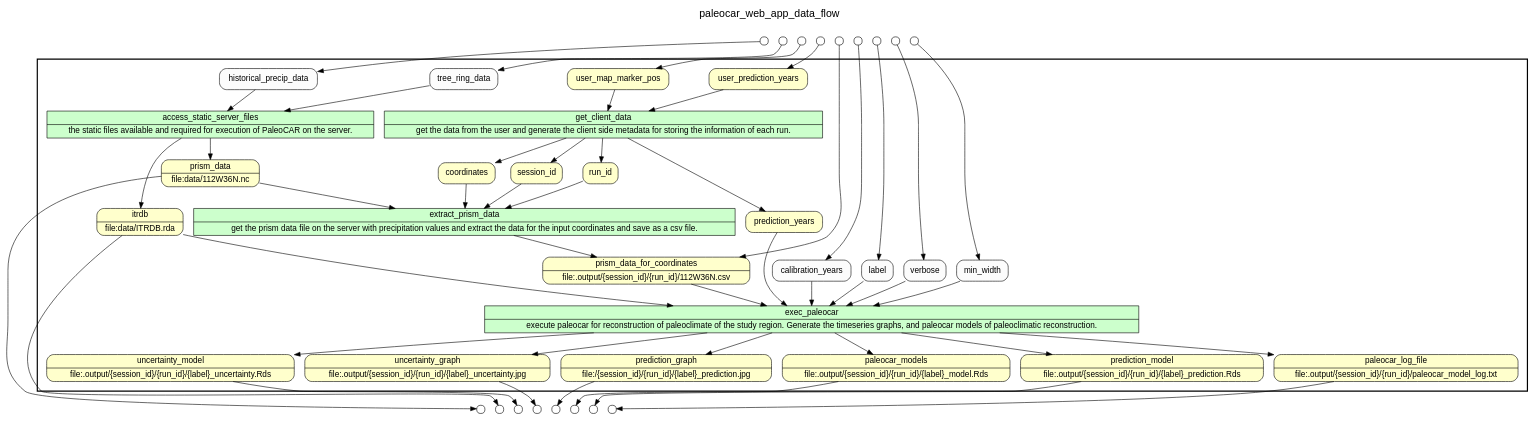
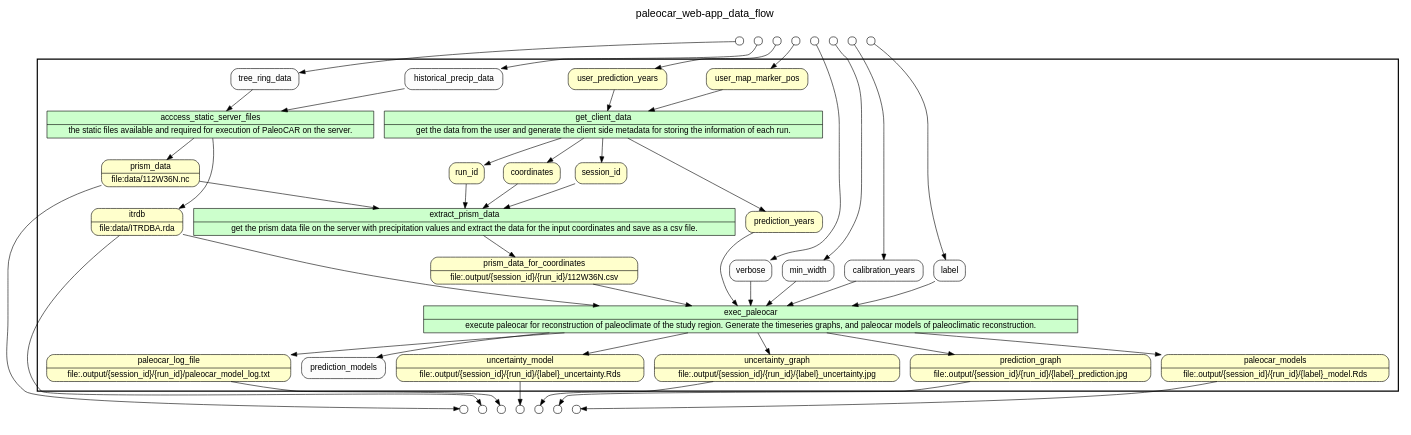
The diagram in yw/gv_files/main.gv (idaks/wt-prov-Summer-2017), drawn with Graphviz before and after one commit. The commit also changed 182 other files, not shown here.

Commit message:
Recon Graphs

```diff
--- a/yw/gv_files/main.gv
+++ b/yw/gv_files/main.gv
@@ -1,150 +1,145 @@
 
 /* Start of top-level graph */
 digraph Workflow {
 rankdir=TB
 
 /* Title for graph */
 fontname=Helvetica; fontsize=18; labelloc=t
-label=paleocar_web_app_data_flow
+label="paleocar_web-app_data_flow"
 
 /* Start of double cluster for drawing box around nodes in workflow */
 subgraph cluster_workflow_box_outer { label=""; color=black; penwidth=2
 subgraph cluster_workflow_box_inner { label=""; penwidth=0
 
 /* Style for nodes representing atomic programs in workflow */
 node[shape=box style=filled fillcolor="#CCFFCC" peripheries=1 fontname=Helvetica]
 
 /* Nodes representing atomic programs in workflow */
 get_client_data [shape=record rankdir=LR label="{<f0> get_client_data |<f1> get the data from the user and generate the client side metadata for storing the information of each run.}"];
-access_static_server_files [shape=record rankdir=LR label="{<f0> access_static_server_files |<f1> the static files available and required for execution of PaleoCAR on the server.}"];
+acccess_static_server_files [shape=record rankdir=LR label="{<f0> acccess_static_server_files |<f1> the static files available and required for execution of PaleoCAR on the server.}"];
 extract_prism_data [shape=record rankdir=LR label="{<f0> extract_prism_data |<f1> get the prism data file on the server with precipitation values and extract the data for the input coordinates and save as a csv file.}"];
 exec_paleocar [shape=record rankdir=LR label="{<f0> exec_paleocar |<f1> execute paleocar for reconstruction of paleoclimate of the study region. Generate the timeseries graphs, and paleocar models of paleoclimatic reconstruction.}"];
 
 /* Style for nodes representing non-parameter data channels in workflow */
 node[shape=box style="rounded,filled" fillcolor="#FFFFCC" peripheries=1 fontname=Helvetica]
 
 /* Nodes for non-parameter data channels in workflow */
 prism_data [shape=record rankdir=LR label="{<f0> prism_data |<f1> file\:data/112W36N.nc}"];
-itrdb [shape=record rankdir=LR label="{<f0> itrdb |<f1> file\:data/ITRDB.rda}"];
-prediction_graph [shape=record rankdir=LR label="{<f0> prediction_graph |<f1> file\:/\{session_id\}/\{run_id\}/\{label\}_prediction.jpg}"];
+itrdb [shape=record rankdir=LR label="{<f0> itrdb |<f1> file\:data/ITRDBA.rda}"];
+prediction_graph [shape=record rankdir=LR label="{<f0> prediction_graph |<f1> file\:.output/\{session_id\}/\{run_id\}/\{label\}_prediction.jpg}"];
 paleocar_models [shape=record rankdir=LR label="{<f0> paleocar_models |<f1> file\:.output/\{session_id\}/\{run_id\}/\{label\}_model.Rds}"];
-prediction_model [shape=record rankdir=LR label="{<f0> prediction_model |<f1> file\:.output/\{session_id\}/\{run_id\}/\{label\}_prediction.Rds}"];
 paleocar_log_file [shape=record rankdir=LR label="{<f0> paleocar_log_file |<f1> file\:.output/\{session_id\}/\{run_id\}/paleocar_model_log.txt}"];
 uncertainty_model [shape=record rankdir=LR label="{<f0> uncertainty_model |<f1> file\:.output/\{session_id\}/\{run_id\}/\{label\}_uncertainty.Rds}"];
 uncertainty_graph [shape=record rankdir=LR label="{<f0> uncertainty_graph |<f1> file\:.output/\{session_id\}/\{run_id\}/\{label\}_uncertainty.jpg}"];
 user_map_marker_pos
 user_prediction_years
 coordinates
 session_id
 run_id
 prediction_years
 prism_data_for_coordinates [shape=record rankdir=LR label="{<f0> prism_data_for_coordinates |<f1> file\:.output/\{session_id\}/\{run_id\}/112W36N.csv}"];
 
 /* Style for nodes representing parameter channels in workflow */
 node[shape=box style="rounded,filled" fillcolor="#FCFCFC" peripheries=1 fontname=Helvetica]
 
 /* Nodes representing parameter channels in workflow */
 historical_precip_data
 tree_ring_data
 calibration_years
 label
 min_width
 verbose
 
 /* Edges representing connections between programs and channels */
 get_client_data -> session_id
 get_client_data -> run_id
 get_client_data -> coordinates
 get_client_data -> prediction_years
 user_map_marker_pos -> get_client_data
 user_prediction_years -> get_client_data
-access_static_server_files -> prism_data
-access_static_server_files -> itrdb
-historical_precip_data -> access_static_server_files
-tree_ring_data -> access_static_server_files
+acccess_static_server_files -> prism_data
+acccess_static_server_files -> itrdb
+historical_precip_data -> acccess_static_server_files
+tree_ring_data -> acccess_static_server_files
 extract_prism_data -> prism_data_for_coordinates
 coordinates -> extract_prism_data
 session_id -> extract_prism_data
 run_id -> extract_prism_data
 prism_data -> extract_prism_data
-exec_paleocar -> prediction_model
+exec_paleocar -> prediction_models
 exec_paleocar -> prediction_graph
 exec_paleocar -> uncertainty_model
 exec_paleocar -> paleocar_models
 exec_paleocar -> uncertainty_graph
 exec_paleocar -> paleocar_log_file
 prediction_years -> exec_paleocar
 prism_data_for_coordinates -> exec_paleocar
 itrdb -> exec_paleocar
 calibration_years -> exec_paleocar
 label -> exec_paleocar
 min_width -> exec_paleocar
 verbose -> exec_paleocar
 
 /* End of double cluster for drawing box around nodes in workflow */
 }}
 
 /* Hidden double-cluster for grouping workflow input ports */
 subgraph cluster_input_ports_group_outer { label=""; penwidth=0
 subgraph cluster_input_ports_group_inner { label=""; penwidth=0
 
 /* Style for nodes representing workflow input ports */
 node[shape=circle style="rounded,filled" fillcolor="#FFFFFF" peripheries=1 fontname=Helvetica width=0.2]
 
 /* Nodes representing workflow input ports */
 user_map_marker_pos_input_port [label=""]
 user_prediction_years_input_port [label=""]
-prism_data_for_coordinates_input_port [label=""]
 calibration_years_input_port [label=""]
 label_input_port [label=""]
 verbose_input_port [label=""]
 min_width_input_port [label=""]
 historical_precip_data_input_port [label=""]
 tree_ring_data_input_port [label=""]
 
 /* End of double-cluster for grouping workflow input ports */
 }}
 
 /* Hidden double-cluster for grouping workflow output ports */
 subgraph cluster_output_ports_group_outer { label=""; penwidth=0
 subgraph cluster_output_ports_group_inner { label=""; penwidth=0
 
 /* Style for nodes representing workflow output ports */
 node[shape=circle style="rounded,filled" fillcolor="#FFFFFF" peripheries=1 fontname=Helvetica width=0.2]
 
 /* Nodes representing workflow output ports */
 prism_data_output_port [label=""]
 itrdb_output_port [label=""]
 prediction_graph_output_port [label=""]
 paleocar_models_output_port [label=""]
-prediction_model_output_port [label=""]
 paleocar_log_file_output_port [label=""]
 uncertainty_model_output_port [label=""]
 uncertainty_graph_output_port [label=""]
 
 /* End of double-cluster for grouping workflow output ports */
 }}
 
 /* Edges from input ports to channels */
 user_map_marker_pos_input_port -> user_map_marker_pos
 user_prediction_years_input_port -> user_prediction_years
-prism_data_for_coordinates_input_port -> prism_data_for_coordinates
 calibration_years_input_port -> calibration_years
 label_input_port -> label
 verbose_input_port -> verbose
 min_width_input_port -> min_width
 historical_precip_data_input_port -> historical_precip_data
 tree_ring_data_input_port -> tree_ring_data
 
 /* Edges from channels to output ports */
 prism_data -> prism_data_output_port
 itrdb -> itrdb_output_port
 prediction_graph -> prediction_graph_output_port
 paleocar_models -> paleocar_models_output_port
-prediction_model -> prediction_model_output_port
 paleocar_log_file -> paleocar_log_file_output_port
 uncertainty_model -> uncertainty_model_output_port
 uncertainty_graph -> uncertainty_graph_output_port
 
 /* End of top-level graph */
 }
```
